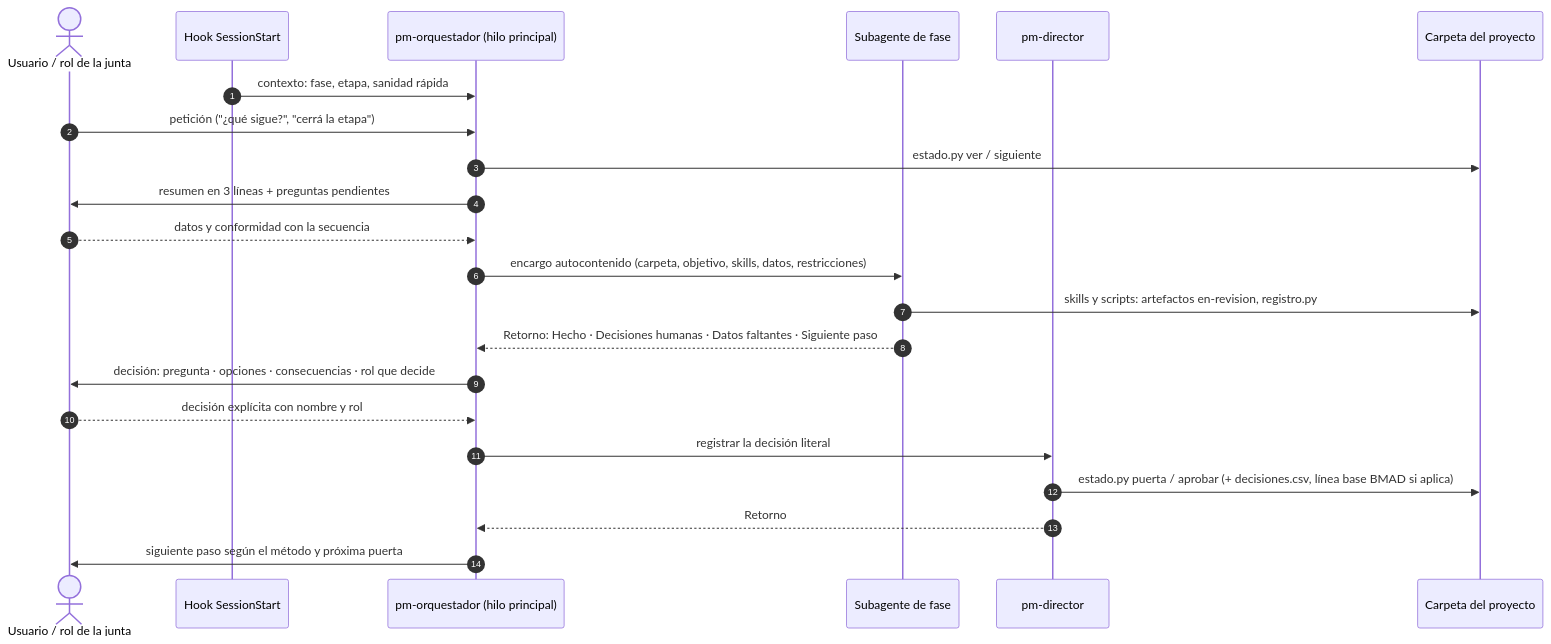
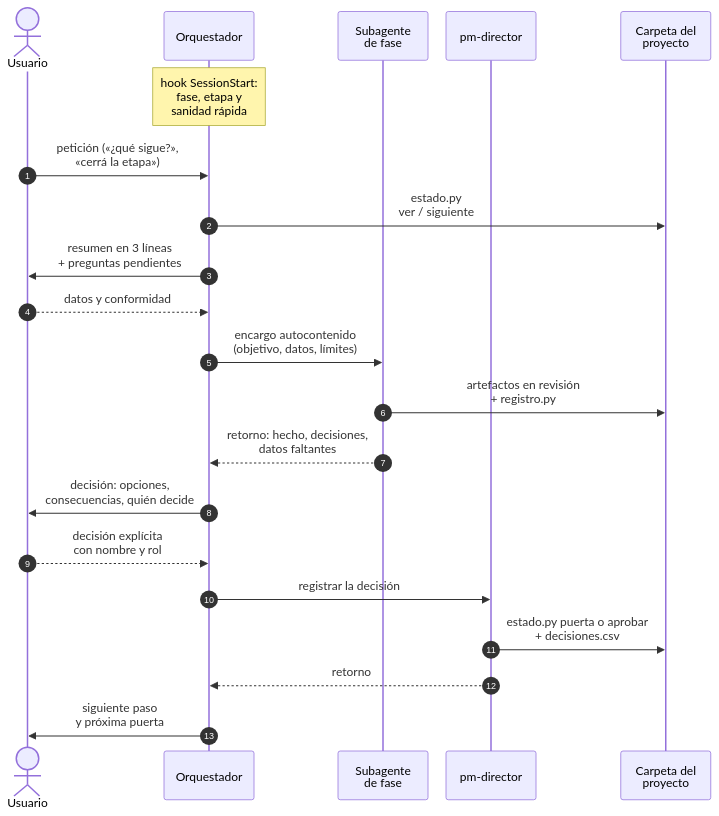
One commit to Arturo-Penas-Rial/pm-method changed the second of 2 diagrams in docs/ARQUITECTURA.md. Above: the diagram before and after it, drawn with Mermaid. The commit also changed 52 other files, not shown here.

Commit message:
pm-method 2.1.0: guías E2E para el usuario, prompts y entradas/salidas en los casos, diagramas legibles

````diff
--- a/docs/ARQUITECTURA.md
+++ b/docs/ARQUITECTURA.md
@@ -305,25 +305,29 @@
 ```mermaid
+---
+config:
+  sequence:
+    actorMargin: 24
+    width: 120
+---
 sequenceDiagram
-  autonumber
-  actor U as Usuario / rol de la junta
-  participant H as Hook SessionStart
-  participant O as pm-orquestador (hilo principal)
-  participant F as Subagente de fase
-  participant D as pm-director
-  participant P as Carpeta del proyecto
-
-  H->>O: contexto: fase, etapa, sanidad rápida
-  U->>O: petición ("¿qué sigue?", "cerrá la etapa")
-  O->>P: estado.py ver / siguiente
-  O->>U: resumen en 3 líneas + preguntas pendientes
-  U-->>O: datos y conformidad con la secuencia
-  O->>F: encargo autocontenido (carpeta, objetivo, skills, datos, restricciones)
-  F->>P: skills y scripts: artefactos en-revision, registro.py
-  F-->>O: Retorno: Hecho · Decisiones humanas · Datos faltantes · Siguiente paso
-  O->>U: decisión: pregunta · opciones · consecuencias · rol que decide
-  U-->>O: decisión explícita con nombre y rol
-  O->>D: registrar la decisión literal
-  D->>P: estado.py puerta / aprobar (+ decisiones.csv, línea base BMAD si aplica)
-  D-->>O: Retorno
-  O->>U: siguiente paso según el método y próxima puerta
+    autonumber
+    actor U as Usuario
+    participant O as Orquestador
+    participant F as Subagente<br/>de fase
+    participant D as pm-director
+    participant P as Carpeta del<br/>proyecto
+    Note over O: hook SessionStart:<br/>fase, etapa y<br/>sanidad rápida
+    U->>O: petición («¿qué sigue?»,<br/>«cerrá la etapa»)
+    O->>P: estado.py<br/>ver / siguiente
+    O->>U: resumen en 3 líneas<br/>+ preguntas pendientes
+    U-->>O: datos y conformidad
+    O->>F: encargo autocontenido<br/>(objetivo, datos, límites)
+    F->>P: artefactos en revisión<br/>+ registro.py
+    F-->>O: retorno: hecho, decisiones,<br/>datos faltantes
+    O->>U: decisión: opciones,<br/>consecuencias, quién decide
+    U-->>O: decisión explícita<br/>con nombre y rol
+    O->>D: registrar la decisión
+    D->>P: estado.py puerta o aprobar<br/>+ decisiones.csv
+    D-->>O: retorno
+    O->>U: siguiente paso<br/>y próxima puerta
 ```
````
